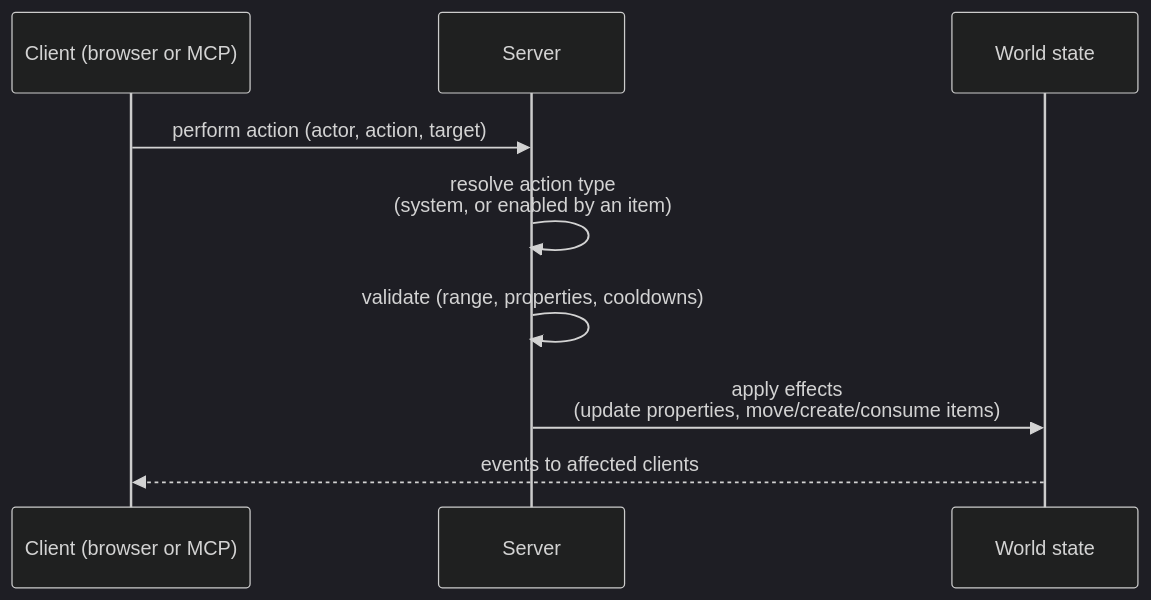
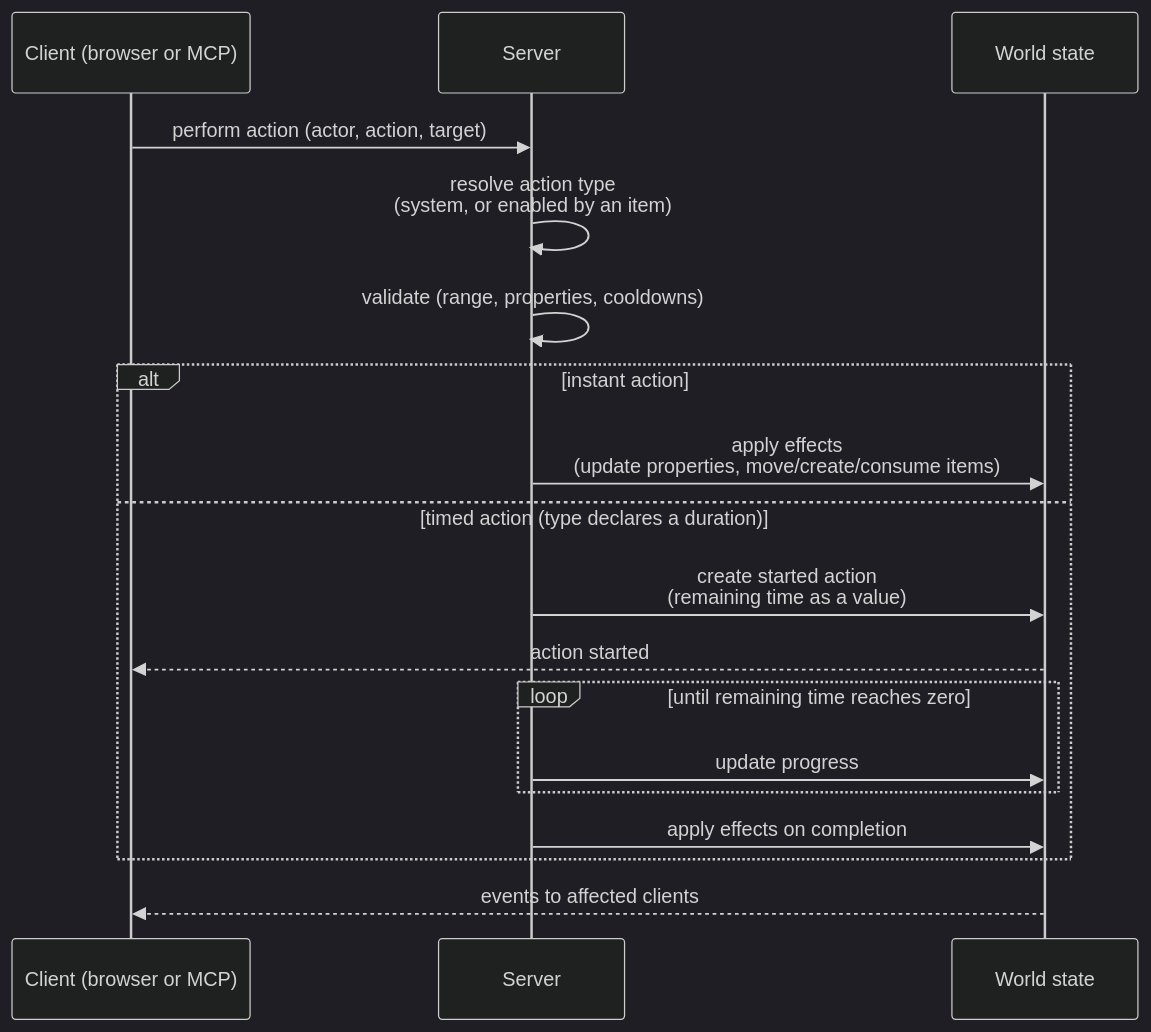
The third of 5 diagrams in src/virtual-world/README.md (lpajunen/aiwebengine-examples), drawn with Mermaid (dark theme) before and after one commit. The commit also changed other lines of this file, not shown here.

First line of the commit message:
Describe containers, slots/bag, persistence tiers, and timed actions in README

````diff
--- a/src/virtual-world/README.md
+++ b/src/virtual-world/README.md
@@ -103,11 +119,20 @@
 ```mermaid
 sequenceDiagram
     participant C as Client (browser or MCP)
     participant S as Server
     participant W as World state
     C->>S: perform action (actor, action, target)
     S->>S: resolve action type<br/>(system, or enabled by an item)
     S->>S: validate (range, properties, cooldowns)
-    S->>W: apply effects<br/>(update properties, move/create/consume items)
+    alt instant action
+        S->>W: apply effects<br/>(update properties, move/create/consume items)
+    else timed action (type declares a duration)
+        S->>W: create started action<br/>(remaining time as a value)
+        W-->>C: action started
+        loop until remaining time reaches zero
+            S->>W: update progress
+        end
+        S->>W: apply effects on completion
+    end
     W-->>C: events to affected clients
 ```
````
